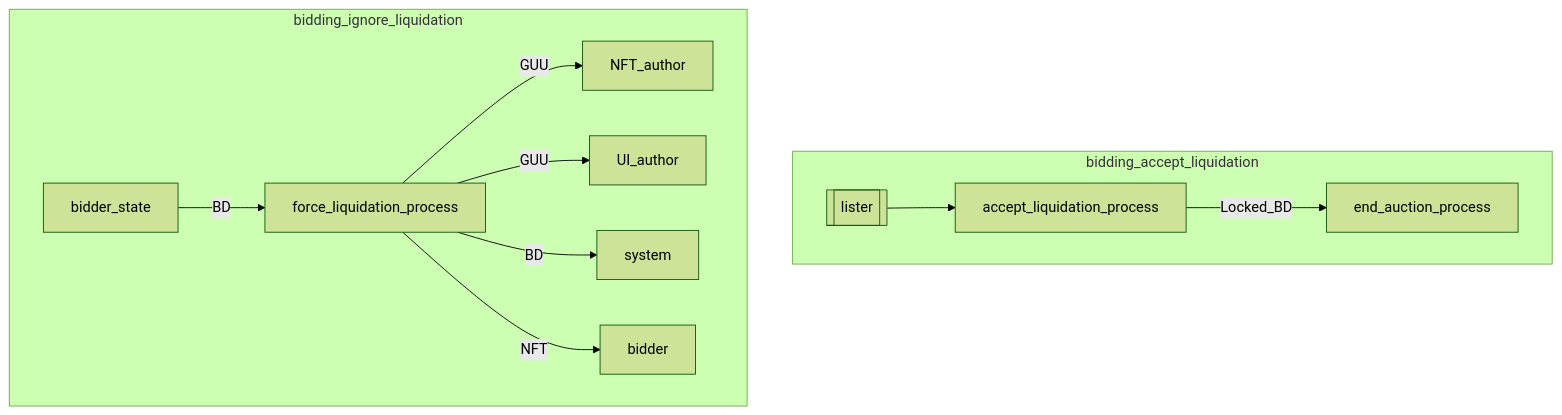
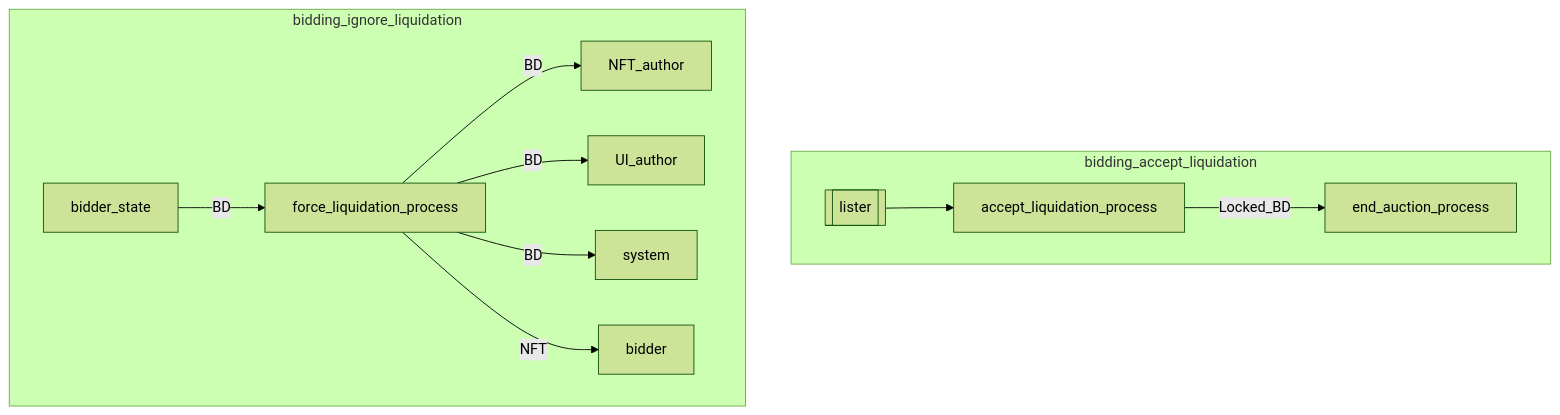
Before and after one commit to UnUniFi/chain: the fifth of 7 diagrams in x/nftmarket/spec/03_auction_state.md, drawn with Mermaid (forest theme). The commit also changed other lines of this file, not shown here.

Commit message:
modify: delete guu incentive

````diff
--- a/x/nftmarket/spec/03_auction_state.md
+++ b/x/nftmarket/spec/03_auction_state.md
@@ -132,17 +132,17 @@
 ```mermaid
 flowchart TD
 subgraph bidding_accept_liquidation
 	lister3[[lister]]
 
 	lister3 --> accept_liquidation_process
 	accept_liquidation_process--Locked_BD--> end_auction_process
 end
 
 subgraph bidding_ignore_liquidation
 	bidder_state--BD--> force_liquidation_process 
-	force_liquidation_process --GUU--> NFT_author
-	force_liquidation_process --GUU--> UI_author
+	force_liquidation_process --BD--> NFT_author
+	force_liquidation_process --BD--> UI_author
 	force_liquidation_process --BD--> system
 	force_liquidation_process --NFT--> bidder
 end
 ```
````
